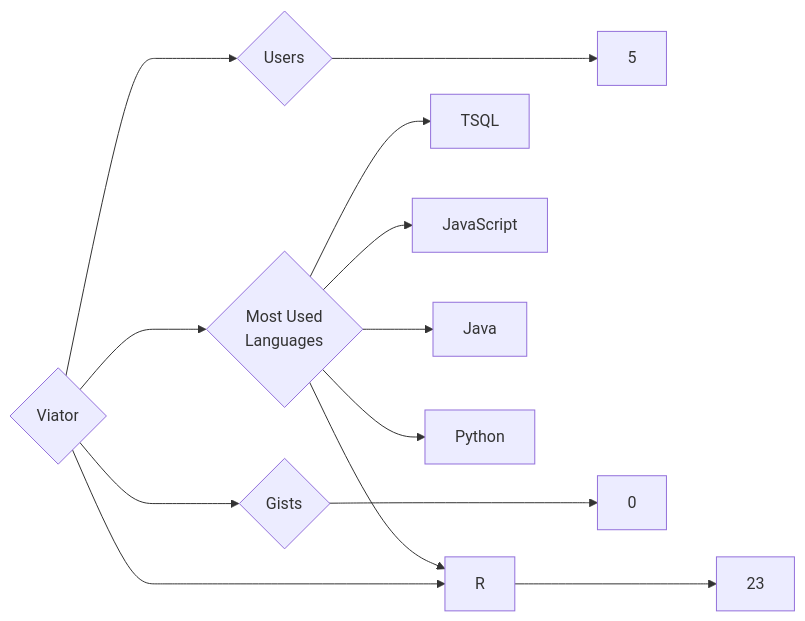
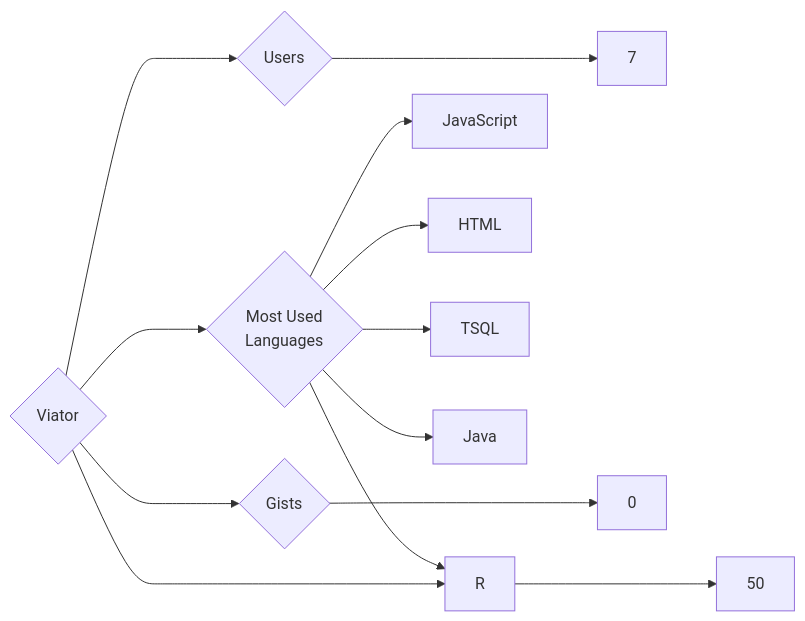
One commit to trickest/insiders changed the diagram in targets/Viator/README.md. Above: the diagram before and after it, drawn with Mermaid. The commit also changed 940 other files, not shown here.

````diff
--- a/targets/Viator/README.md
+++ b/targets/Viator/README.md
@@ -3,13 +3,13 @@
 ```mermaid
 graph LR
 COMPANY_NAME{Viator}
-COMPANY_NAME ---> U{Users} ---> UN[5]
-COMPANY_NAME ---> R{Repositories} ---> RN[23]
+COMPANY_NAME ---> U{Users} ---> UN[7]
+COMPANY_NAME ---> R{Repositories} ---> RN[50]
 COMPANY_NAME ---> G{Gists} ---> GN[0]
 COMPANY_NAME ---> ML{Most Used<br>Languages}
+ML --> JavaScript[JavaScript]
+ML --> HTML[HTML]
 ML --> TSQL[TSQL]
+ML --> Java[Java]
 ML --> R[R]
-ML --> JavaScript[JavaScript]
-ML --> Java[Java]
-ML --> Python[Python]
 ```
````
